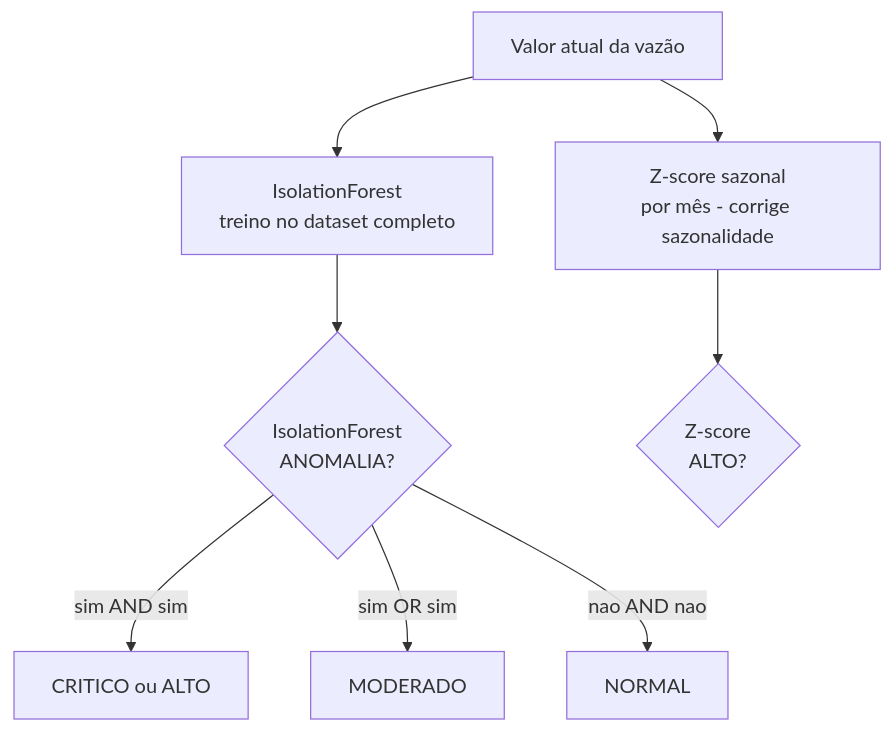
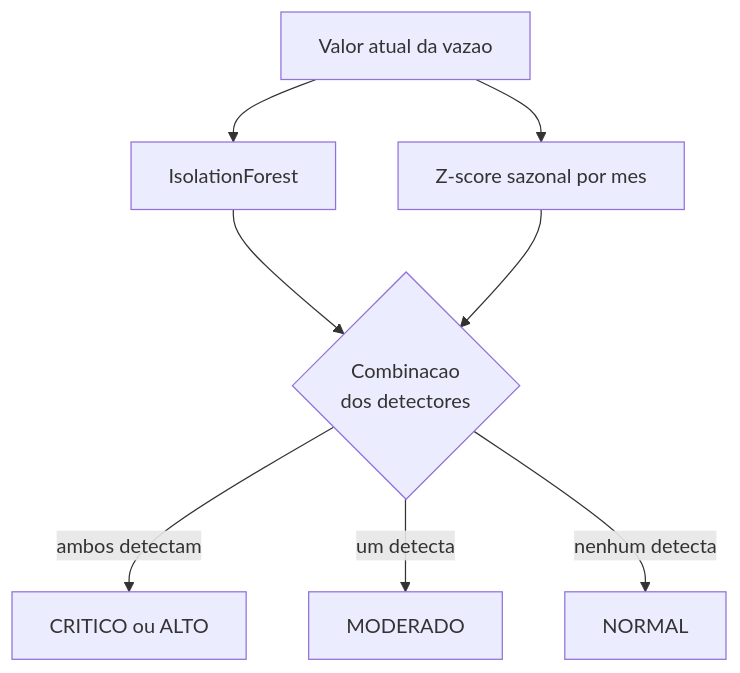
The third of 3 diagrams in README.md (vbrenox/Sistema-Alerta-AM-ML-BotCity), drawn with Mermaid before and after one commit.

Commit message:
docs: README completo + correcoes diagrama + screenshoots + relatorio drift

````diff
--- a/README.md
+++ b/README.md
@@ -55,10 +55,10 @@
 ```mermaid
 flowchart TD
-    A[Valor atual da vazão] --> B[IsolationForest\ntreino no dataset completo]
-    A --> C[Z-score sazonal\npor mês - corrige sazonalidade]
-    B --> D{IsolationForest\nANOMALIA?}
-    C --> E{Z-score\nALTO?}
-    D -->|sim AND sim| F[CRITICO ou ALTO]
-    D -->|sim OR sim| G[MODERADO]
-    D -->|nao AND nao| H[NORMAL]
+    A[Valor atual da vazao] --> B[IsolationForest]
+    A --> C[Z-score sazonal por mes]
+    B --> D{Combinacao\ndos detectores}
+    C --> D
+    D -->|ambos detectam| F[CRITICO ou ALTO]
+    D -->|um detecta| G[MODERADO]
+    D -->|nenhum detecta| H[NORMAL]
 ```
````
